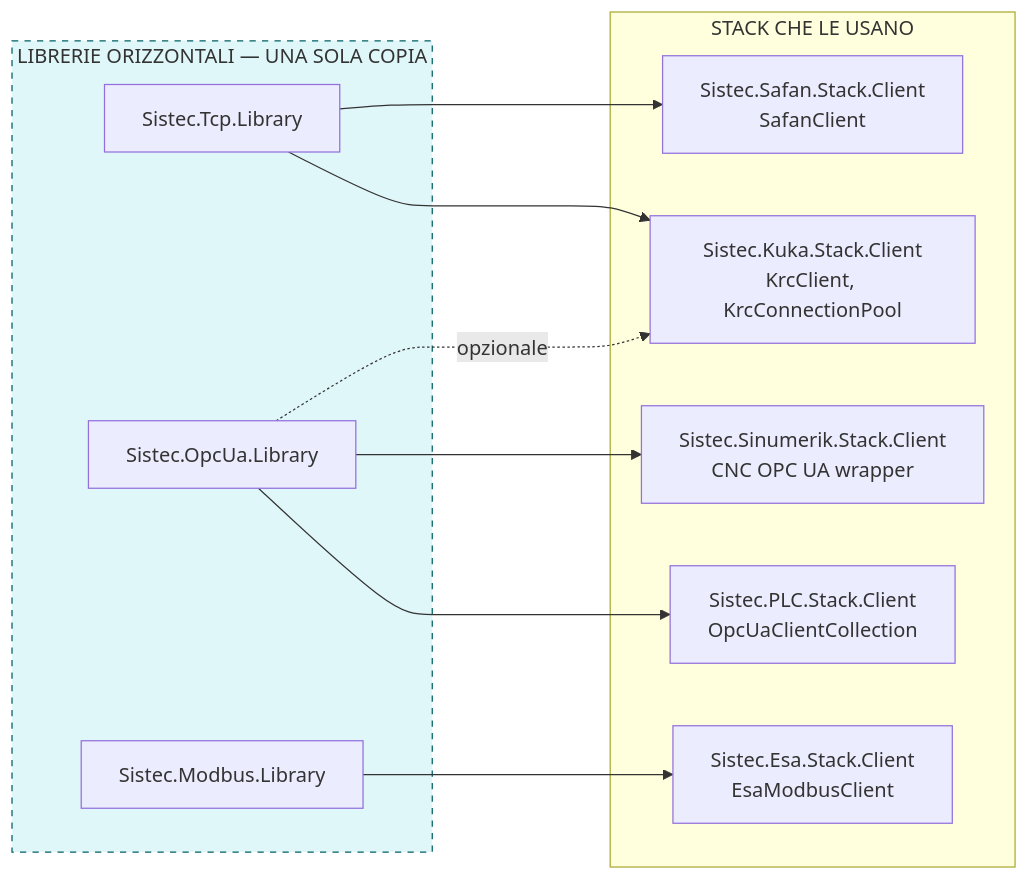
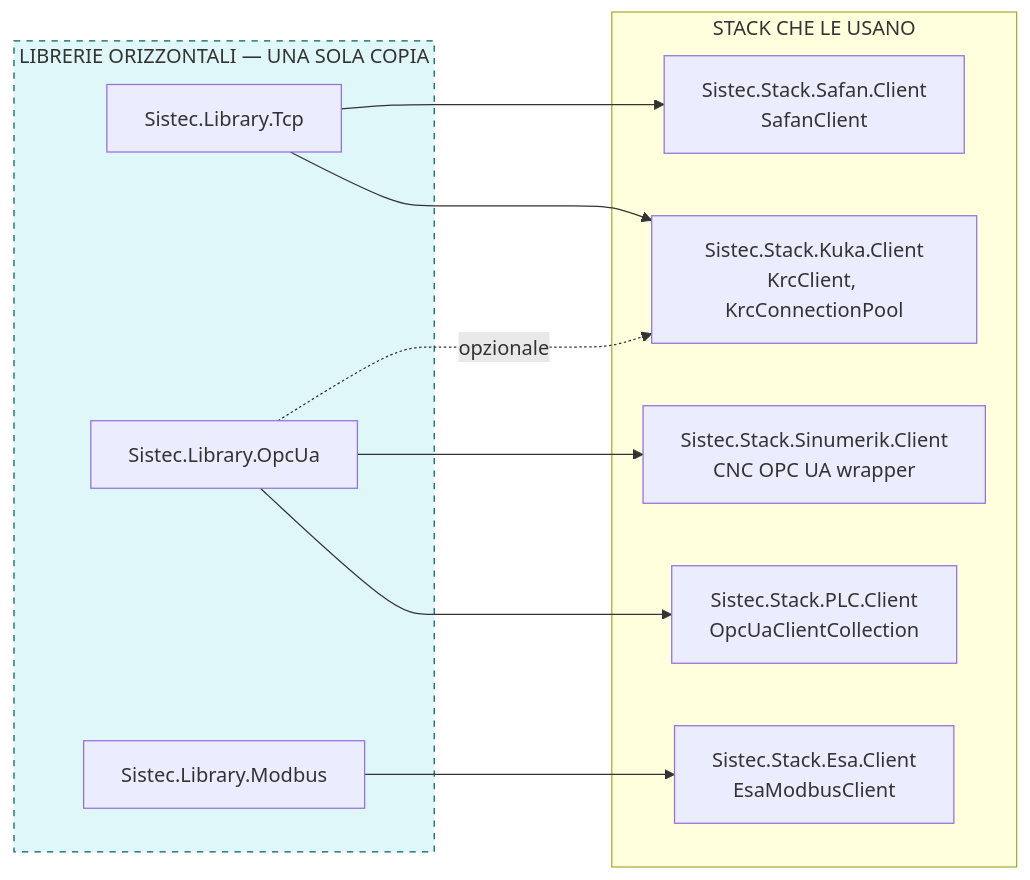
The seventh of 40 diagrams in analisi-unificata.md (marc04AM/pellucida), drawn with Mermaid before and after one commit. The commit also changed other lines of this file and 1 other file, not shown here.

````diff
--- a/analisi-unificata.md
+++ b/analisi-unificata.md
@@ -402,25 +405,25 @@
 ```mermaid
 flowchart LR
     subgraph Orizzontali["LIBRERIE ORIZZONTALI — UNA SOLA COPIA"]
-        Tcp["Sistec.Tcp.Library"]
-        Opc["Sistec.OpcUa.Library"]
-        Mod["Sistec.Modbus.Library"]
+        Tcp["Sistec.Library.Tcp"]
+        Opc["Sistec.Library.OpcUa"]
+        Mod["Sistec.Library.Modbus"]
     end
 
     subgraph Stacks["STACK CHE LE USANO"]
-        Kuka_Client["Sistec.Kuka.Stack.Client<br/>KrcClient, KrcConnectionPool"]
-        Safan_Client["Sistec.Safan.Stack.Client<br/>SafanClient"]
-        Plc_Client["Sistec.PLC.Stack.Client<br/>OpcUaClientCollection"]
-        Sinu_Client["Sistec.Sinumerik.Stack.Client<br/>CNC OPC UA wrapper"]
-        Esa_Client["Sistec.Esa.Stack.Client<br/>EsaModbusClient"]
+        Kuka_Client["Sistec.Stack.Kuka.Client<br/>KrcClient, KrcConnectionPool"]
+        Safan_Client["Sistec.Stack.Safan.Client<br/>SafanClient"]
+        Plc_Client["Sistec.Stack.PLC.Client<br/>OpcUaClientCollection"]
+        Sinu_Client["Sistec.Stack.Sinumerik.Client<br/>CNC OPC UA wrapper"]
+        Esa_Client["Sistec.Stack.Esa.Client<br/>EsaModbusClient"]
     end
 
     Tcp ---> Kuka_Client
     Tcp ---> Safan_Client
     Opc ---> Plc_Client
     Opc ---> Sinu_Client
     Opc -..->|opzionale| Kuka_Client
     Mod ---> Esa_Client
 
     style Orizzontali fill:#e0f7fa,stroke:#006064,stroke-dasharray: 5 5
 ```
````
